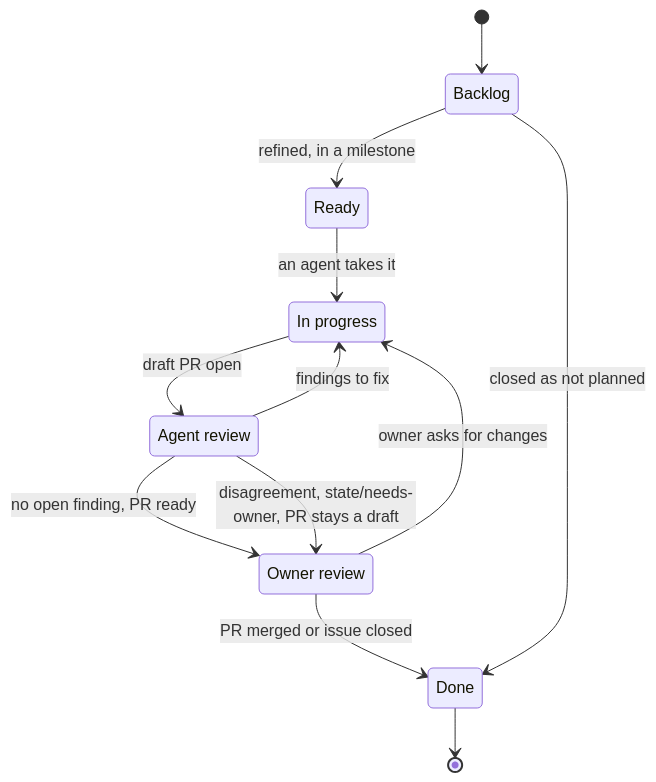
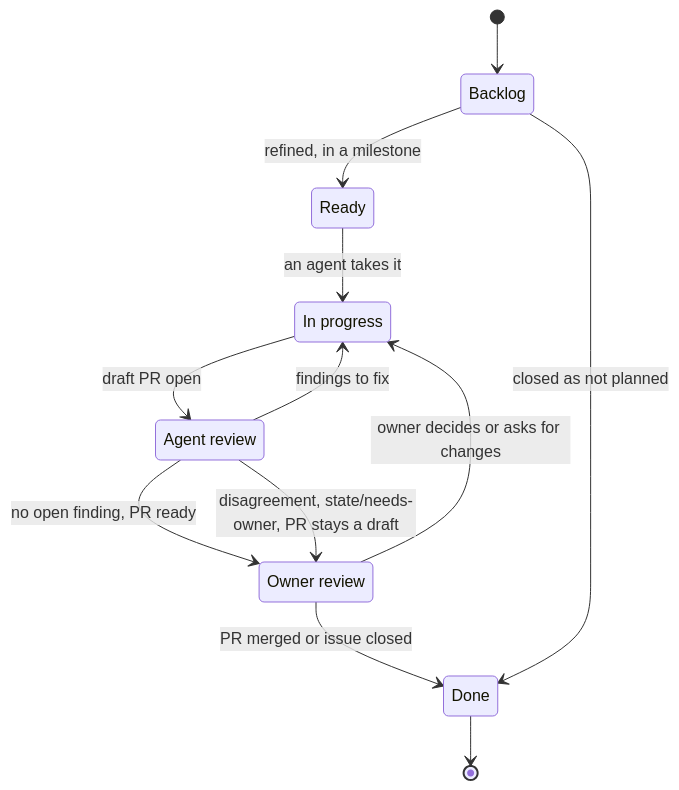
One commit to gsuquet/homelab changed the fifth of 7 diagrams in docs/records/rfcs/0002-how-we-work.md. Above: the diagram before and after it, drawn with Mermaid. The commit also changed other lines of this file, not shown here.

First line of the commit message:
docs(records): apply review round 3 to RFC 0002

````diff
--- a/docs/records/rfcs/0002-how-we-work.md
+++ b/docs/records/rfcs/0002-how-we-work.md
@@ -322,17 +330,17 @@
 ```mermaid
 stateDiagram-v2
     state "In progress" as InProgress
     state "Agent review" as AgentReview
     state "Owner review" as OwnerReview
     [*] --> Backlog
     Backlog --> Ready: refined, in a milestone
     Ready --> InProgress: an agent takes it
     InProgress --> AgentReview: draft PR open
     AgentReview --> InProgress: findings to fix
     AgentReview --> OwnerReview: no open finding, PR ready
     AgentReview --> OwnerReview: disagreement, state/needs-owner, PR stays a draft
-    OwnerReview --> InProgress: owner asks for changes
+    OwnerReview --> InProgress: owner decides or asks for changes
     OwnerReview --> Done: PR merged or issue closed
     Backlog --> Done: closed as not planned
     Done --> [*]
 ```
````
